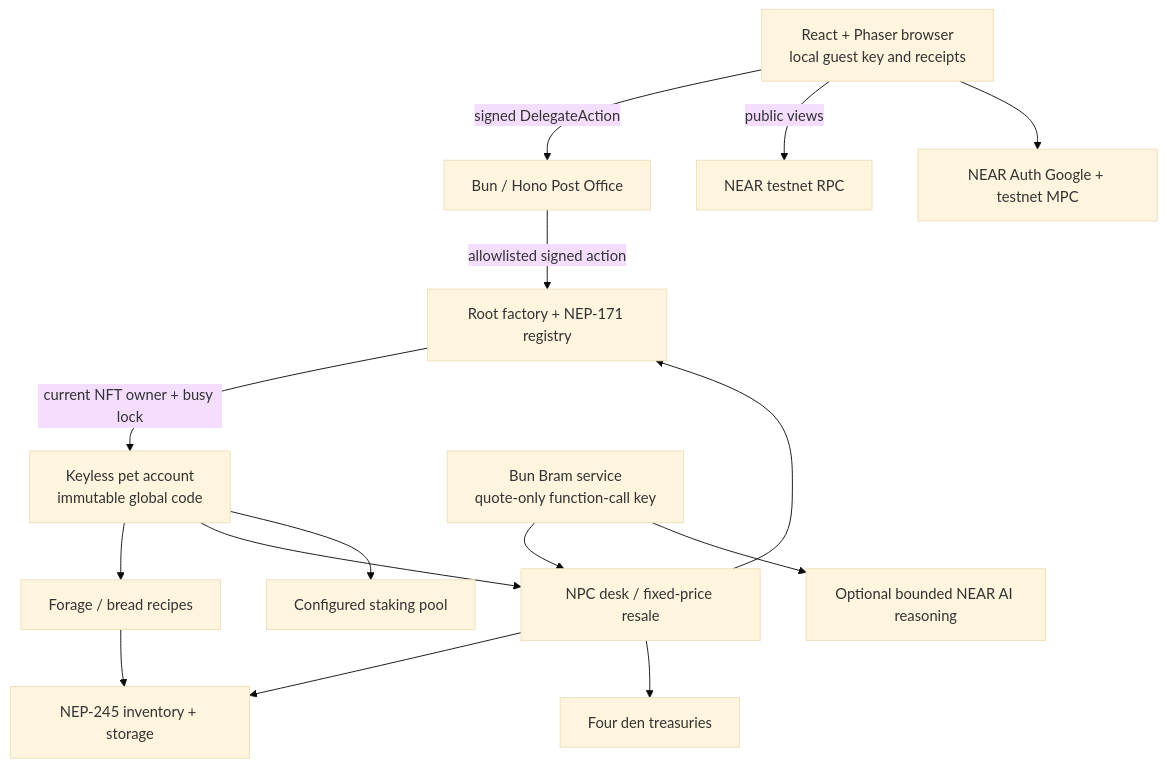
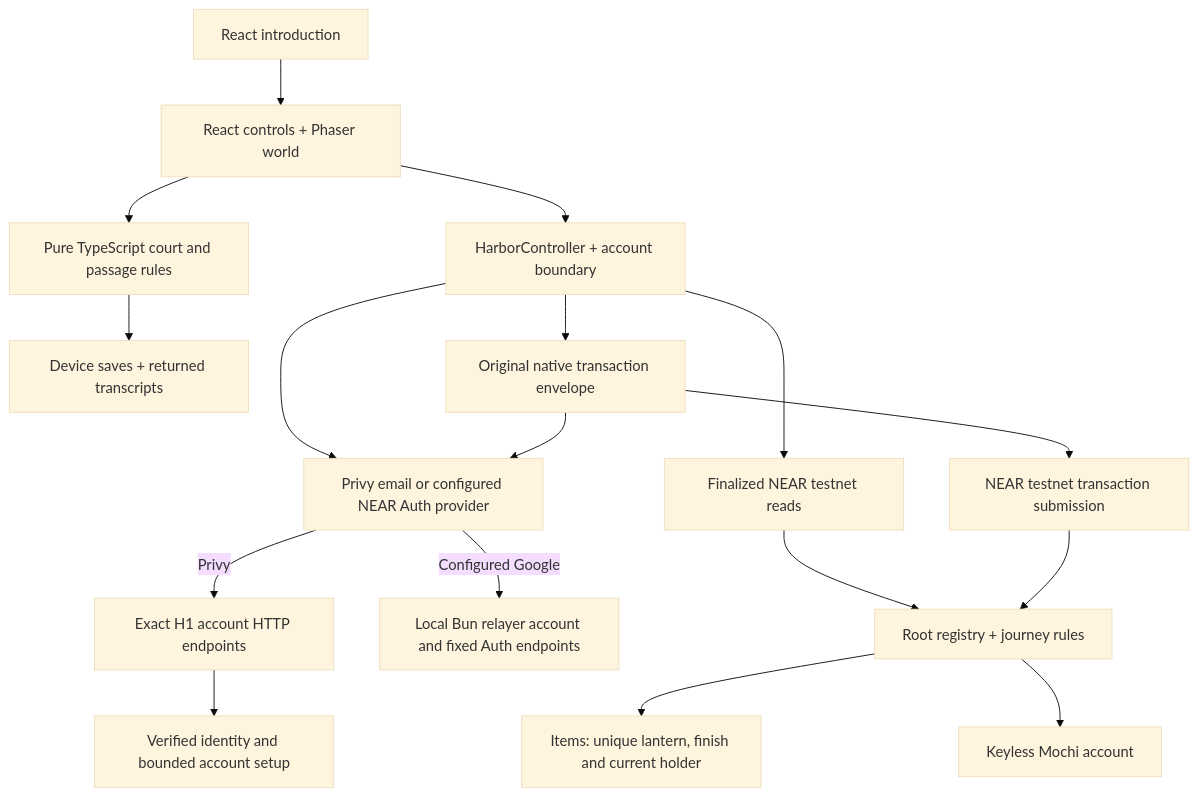
Before and after one commit to dadadave80/familiar: the diagram in docs/ARCHITECTURE.md, drawn with Mermaid (base theme). The commit also changed other lines of this file and 59 other files, not shown here.

````diff
--- a/docs/ARCHITECTURE.md
+++ b/docs/ARCHITECTURE.md
@@ -5,17 +5,19 @@
 ```mermaid
 flowchart TD
-  Browser[React + Phaser browser\nlocal guest key and receipts] -->|signed DelegateAction| Relayer[Bun / Hono Post Office]
-  Relayer -->|allowlisted signed action| Registry[Root factory + NEP-171 registry]
-  Browser -->|public views| RPC[NEAR testnet RPC]
-  Registry -->|current NFT owner + busy lock| Pet[Keyless pet account\nimmutable global code]
-  Pet --> Bakery[Forage / bread recipes]
-  Bakery --> Items[NEP-245 inventory + storage]
-  Pet --> Market[NPC desk / fixed-price resale]
-  Market --> Items
-  Market --> Registry
-  Market --> Dens[Four den treasuries]
-  Pet --> Pool[Configured staking pool]
-  NPC[Bun Bram service\nquote-only function-call key] --> Market
-  NPC --> AI[Optional bounded NEAR AI reasoning]
-  Browser --> Auth[NEAR Auth Google + testnet MPC]
+  Introduction[React introduction] --> Game[React controls + Phaser world]
+  Game --> Rules[Pure TypeScript court and passage rules]
+  Rules --> Device[Device saves + returned transcripts]
+  Game --> Harbor[HarborController + account boundary]
+  Harbor --> Provider[Privy email or configured NEAR Auth provider]
+  Harbor --> Views[Finalized NEAR testnet reads]
+  Harbor --> Native[Original native transaction envelope]
+  Native --> Provider
+  Provider -->|Privy| HTTP[Exact H1 account HTTP endpoints]
+  Provider -->|Configured Google| GoogleHTTP[Local Bun relayer account and fixed Auth endpoints]
+  HTTP --> Bridge[Verified identity and bounded account setup]
+  Native --> RPC[NEAR testnet transaction submission]
+  Views --> Root[Root registry + journey rules]
+  RPC --> Root
+  Root --> Items[Items: unique lantern, finish and current holder]
+  Root --> Pet[Keyless Mochi account]
 ```
````
